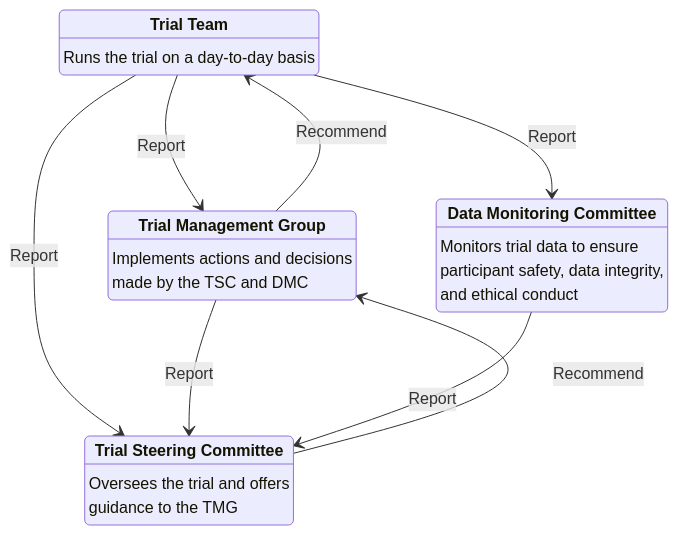
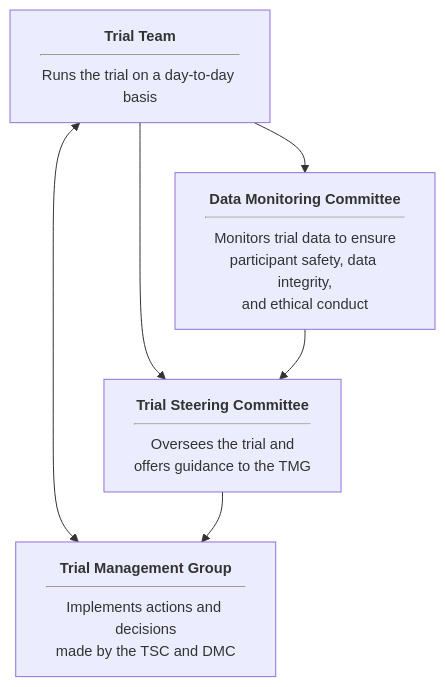
One commit to martingerdin/advance-trauma-trial changed the diagram in shared-assets/trial-organisation.qmd. Above: the diagram before and after it, drawn with Mermaid. The commit also changed other lines of this file and 27 other files, not shown here.

````diff
--- a/shared-assets/trial-organisation.qmd
+++ b/shared-assets/trial-organisation.qmd
@@ -106,27 +4,14 @@
 ```{mermaid}
-stateDiagram-v2
-    %%{init:{'flowchart':{'nodeSpacing': 80, 'rankSpacing': 100}}}%%
+flowchart
+    %%{init:{'flowchart':{'nodeSpacing': 50,'rankSpacing': 50,'curve': 'basis'}, 'themeVariables':{'darkMode': true, 'fontSize': '11pt'}}}%%
     direction TB
-    TT: <b>Trial Team</b>
-    TT: Runs the trial on a day-to-day basis
-    
-    TMG: <b>Trial Management Group</b>
-    TMG: Implements actions and decisions <br> made by the TSC and DMC
-
-    TSC: <b>Trial Steering Committee</b>
-    TSC: Oversees the trial and offers <br> guidance to the TMG
-
-    DMC: <b>Data Monitoring Committee</b>
-    DMC: Monitors trial data to ensure <br> participant safety, data integrity, <br> and ethical conduct
-    
-    TT --> TMG: Report
-    TT --> DMC: Report
-    TT --> TSC: Report
-
-    TMG --> TSC: Report
-    TMG --> TT: Recommend
-    
-    DMC --> TSC: Report
-
-    TSC --> TMG: Recommend
-```
+    TT[<b>Trial Team</b><hr>Runs the trial on a day-to-day basis]
+    TMG[<b>Trial Management Group</b><hr>Implements actions and decisions<br>made by the TSC and DMC]
+    TSC[<b>Trial Steering Committee</b><hr>Oversees the trial and<br>offers guidance to the TMG]
+    DMC[<b>Data Monitoring Committee</b><hr>Monitors trial data to ensure<br>participant safety, data integrity,<br>and ethical conduct]
+    TT <--> TMG
+    TT --> DMC
+    TT --> TSC
+    TSC --> TMG
+    DMC --> TSC
+``` 
````
